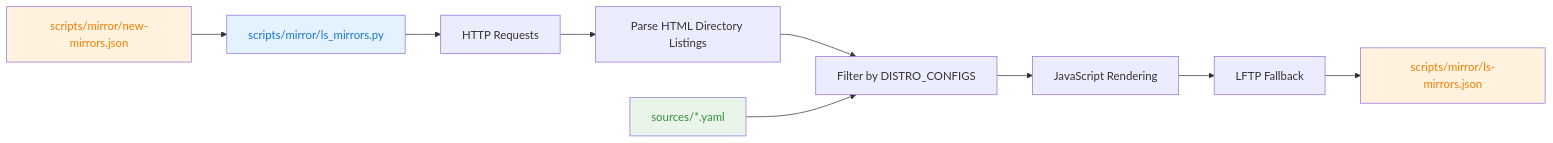
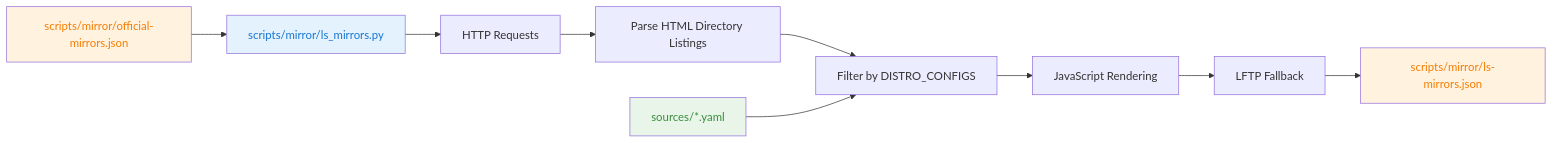
One commit to xiaobingling93-pixel/openeuler-epkg changed the third of 6 diagrams in scripts/mirror/usage.md. Above: the diagram before and after it, drawn with Mermaid. The commit also changed other lines of this file and 34 other files, not shown here.

````diff
--- a/scripts/mirror/usage.md
+++ b/scripts/mirror/usage.md
@@ -173,17 +346,17 @@
 ```mermaid
 graph LR
-    A[scripts/mirror/new-mirrors.json] --> B[scripts/mirror/ls_mirrors.py]
+    A[scripts/mirror/official-mirrors.json] --> B[scripts/mirror/ls_mirrors.py]
     B --> C[HTTP Requests]
     C --> D[Parse HTML Directory Listings]
     D --> E[Filter by DISTRO_CONFIGS]
     E --> F[JavaScript Rendering]
     F --> G[LFTP Fallback]
     G --> H[scripts/mirror/ls-mirrors.json]
 
     I[sources/*.yaml] --> E
 
     style B fill:#e3f2fd,color:#1976d2
     style A fill:#fff3e0,color:#f57c00
     style H fill:#fff3e0,color:#f57c00
     style I fill:#e8f5e8,color:#388e3c
 ```
````
